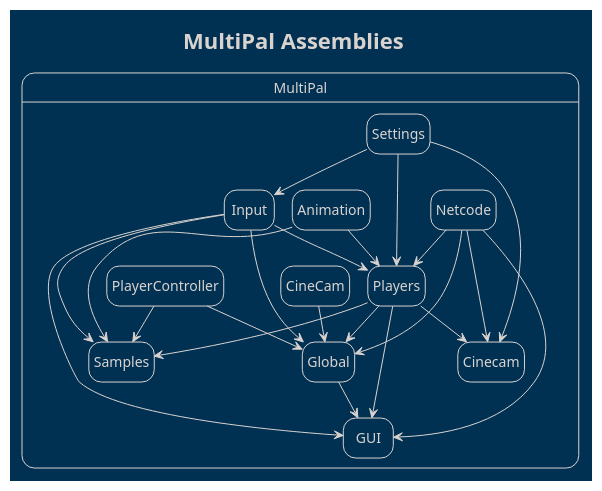
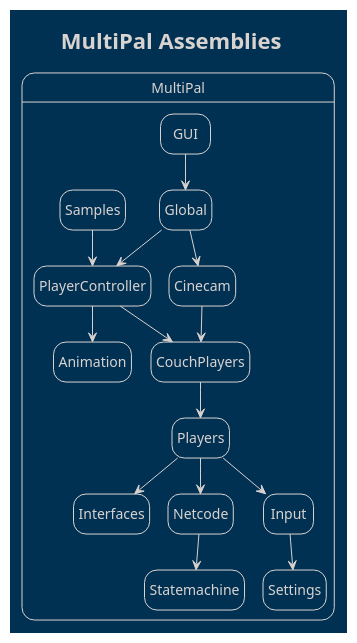
The diagram in PlantUML Diagrams/MultiPal Assemblies.puml (CodeSmile-0000011110110111/WriteBetterNetcode), drawn with PlantUML before and after one commit. The commit also changed 2 other files, not shown here.

Commit message:
updated plantuml architecture diagram

```diff
--- a/PlantUML Diagrams/MultiPal Assemblies.puml
+++ b/PlantUML Diagrams/MultiPal Assemblies.puml
@@ -1,44 +1,30 @@
 @startuml
 
 !theme blueprint
 hide empty description
 
 title MultiPal Assemblies
 
-state "MultiPal" as MultiPal
-
 state MultiPal{
-    state Animation
-    state Input
-    state Netcode
-    state Settings
 }
 
-MultiPal.Animation --> MultiPal.Players
-MultiPal.Input --> MultiPal.Players
-MultiPal.Netcode --> MultiPal.Players
-MultiPal.Settings --> MultiPal.Players
+MultiPal.GUI --> MultiPal.Global
 
-MultiPal.Players --> MultiPal.Cinecam
-MultiPal.Netcode --> MultiPal.Cinecam
-MultiPal.Settings --> MultiPal.Cinecam
+MultiPal.Samples --> MultiPal.PlayerController
+MultiPal.Global --> MultiPal.PlayerController
+MultiPal.Global --> MultiPal.Cinecam
 
-MultiPal.Players --> MultiPal.Global
-MultiPal.CineCam --> MultiPal.Global
-MultiPal.Input --> MultiPal.Global
-MultiPal.Netcode --> MultiPal.Global
-MultiPal.PlayerController --> MultiPal.Global
+MultiPal.Cinecam --> MultiPal.CouchPlayers
+MultiPal.PlayerController --> MultiPal.CouchPlayers
+MultiPal.PlayerController --> MultiPal.Animation
 
-MultiPal.Players --> MultiPal.GUI
-MultiPal.Global --> MultiPal.GUI
-MultiPal.Input --> MultiPal.GUI
-MultiPal.Netcode --> MultiPal.GUI
+MultiPal.CouchPlayers --> MultiPal.Players
 
-MultiPal.Settings --> MultiPal.Input
+MultiPal.Players --> MultiPal.Interfaces
+MultiPal.Players --> MultiPal.Netcode
+MultiPal.Players --> MultiPal.Input
 
-MultiPal.Players --> MultiPal.Samples
-MultiPal.PlayerController --> MultiPal.Samples
-MultiPal.Animation --> MultiPal.Samples
-MultiPal.Input --> MultiPal.Samples
+MultiPal.Input --> MultiPal.Settings
+MultiPal.Netcode --> MultiPal.Statemachine
 
 @enduml
```
